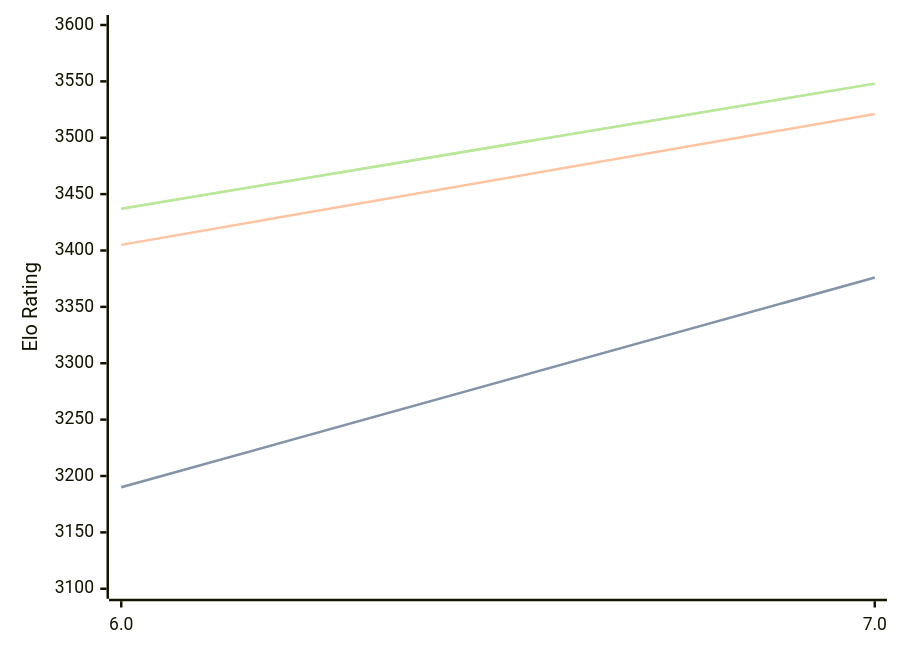
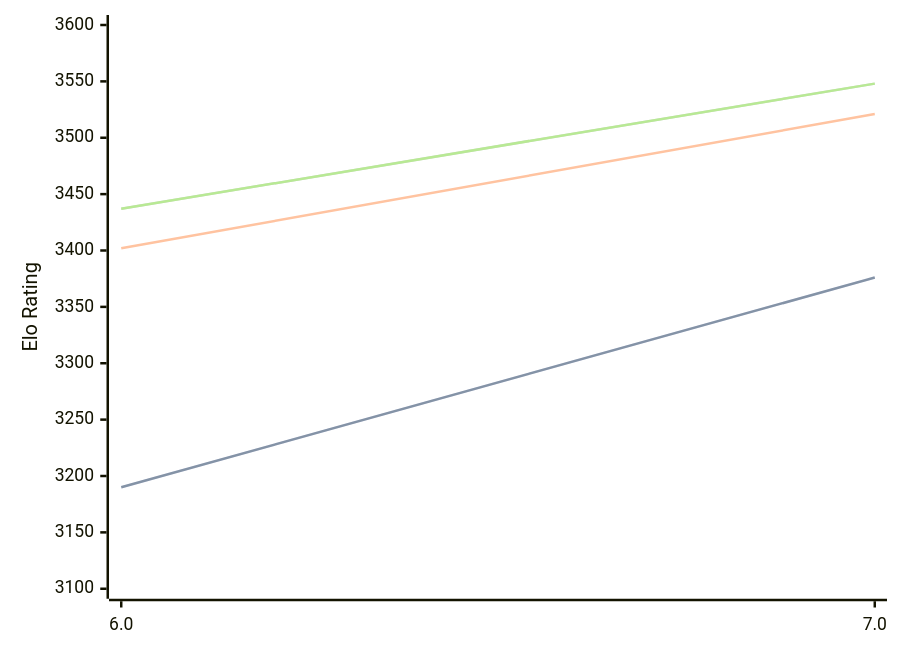
One commit to computer-chess-index/cci changed the diagram in engines/Devre.md. Above: the diagram before and after it, drawn with Mermaid. The commit also changed other lines of this file, not shown here.

````diff
--- a/engines/Devre.md
+++ b/engines/Devre.md
@@ -32,11 +32,11 @@
 ```mermaid
 %%{init: {"theme":"base","themeVariables":{"seriesColors:['#a3a3a3','#222221','#faa371']}}}%%
 xychart-beta
   x-axis ["6.0", "7.0"]
   y-axis "Elo Rating" 3100 --> 3600
   line "" [3190, 3376]
   line "STC (8.0+0.08s)" [3190, 3376]
-  line "LTC (60.0+0.60s)" [3405, 3521]
+  line "LTC (60.0+0.60s)" [3402, 3521]
   line "" [3437, 3548]
   line "VLTC (2m24s+1.12s)" [3437, 3548]
 ```
````
